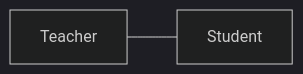
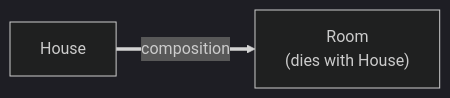
Before and after one commit to muhammad-khaled-tech/My-Study-Notes: the third of 10 diagrams in interviews/01-oop.md, drawn with Mermaid (dark theme). The commit also changed other lines of this file and 1 other file, not shown here.

````diff
--- a/interviews/01-oop.md
+++ b/interviews/01-oop.md
@@ -402,4 +735,4 @@
 ```mermaid
 flowchart LR
-    T["Teacher"] --- S["Student"]
+    House["House"] ==>|composition| Room["Room<br/>(dies with House)"]
 ```
````
